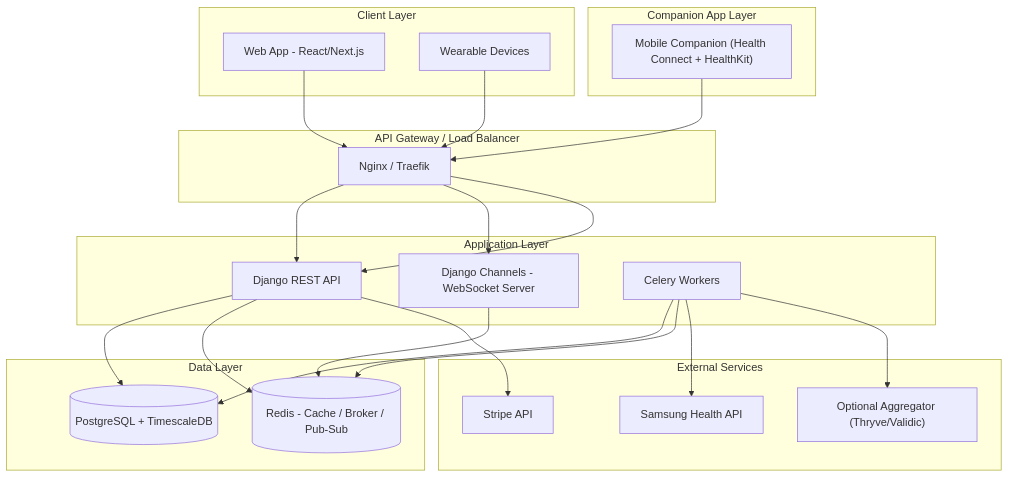
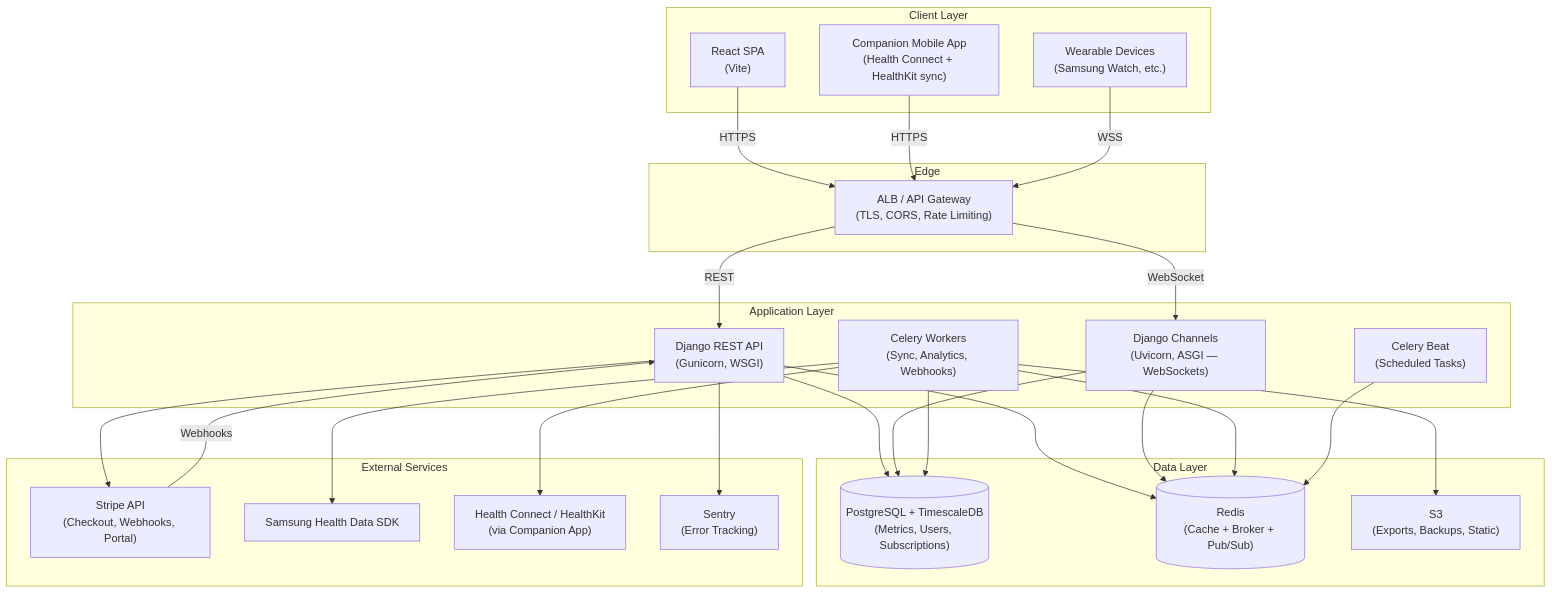
The fourth of 6 diagrams in planning.md (elvisrepo/long), drawn with Mermaid before and after one commit. The commit also changed other lines of this file, not shown here.

````diff
--- a/planning.md
+++ b/planning.md
@@ -275,44 +321,57 @@
 ```mermaid
 graph TB
     subgraph "Client Layer"
-        WEB["Web App - React/Next.js"]
-        WEARABLE["Wearable Devices"]
+        WEB["React SPA<br/>(Vite)"]
+        MOBILE["Companion Mobile App<br/>(Health Connect + HealthKit sync)"]
+        WEARABLE["Wearable Devices<br/>(Samsung Watch, etc.)"]
     end
 
-    subgraph "API Gateway / Load Balancer"
-        NGINX["Nginx / Traefik"]
+    subgraph "Edge"
+        NGINX["ALB / API Gateway<br/>(TLS, CORS, Rate Limiting)"]
     end
 
     subgraph "Application Layer"
-        DJANGO["Django REST API"]
-        CHANNELS["Django Channels - WebSocket Server"]
-        CELERY["Celery Workers"]
+        DJANGO["Django REST API<br/>(Gunicorn, WSGI)"]
+        CHANNELS["Django Channels<br/>(Uvicorn, ASGI — WebSockets)"]
+        CELERY["Celery Workers<br/>(Sync, Analytics, Webhooks)"]
+        BEAT["Celery Beat<br/>(Scheduled Tasks)"]
     end
 
     subgraph "Data Layer"
-        PG[("PostgreSQL + TimescaleDB")]
-        REDIS[("Redis - Cache / Broker / Pub-Sub")]
+        PG[("PostgreSQL + TimescaleDB<br/>(Metrics, Users, Subscriptions)")]
+        REDIS[("Redis<br/>(Cache + Broker + Pub/Sub)")]
+        S3["S3<br/>(Exports, Backups, Static)"]
     end
 
     subgraph "External Services"
-        STRIPE["Stripe API"]
-        SAMSUNG["Samsung Health API"]
-        AGGREGATOR["Optional Aggregator (Thryve/Validic)"]
+        STRIPE["Stripe API<br/>(Checkout, Webhooks, Portal)"]
+        SAMSUNG["Samsung Health Data SDK"]
+        HC["Health Connect / HealthKit<br/>(via Companion App)"]
+        SENTRY_EXT["Sentry<br/>(Error Tracking)"]
     end
 
-    subgraph "Companion App Layer"
-        MOBILE["Mobile Companion (Health Connect + HealthKit)"]
-    end
+    WEB -- "HTTPS" --> NGINX
+    MOBILE -- "HTTPS" --> NGINX
+    WEARABLE -- "WSS" --> NGINX
 
-    WEB --> NGINX --> DJANGO
-    WEARABLE --> NGINX --> CHANNELS
-    MOBILE --> NGINX --> DJANGO
-    CHANNELS --> REDIS
+    NGINX -- "REST" --> DJANGO
+    NGINX -- "WebSocket" --> CHANNELS
+
     DJANGO --> PG
     DJANGO --> REDIS
+    DJANGO --> STRIPE
+    DJANGO --> SENTRY_EXT
+
+    CHANNELS --> REDIS
+    CHANNELS --> PG
+
     CELERY --> PG
     CELERY --> REDIS
-    DJANGO --> STRIPE
     CELERY --> SAMSUNG
-    CELERY --> AGGREGATOR
+    CELERY --> HC
+    CELERY --> S3
+
+    BEAT --> REDIS
+
+    STRIPE -- "Webhooks" --> DJANGO
 ```
````
